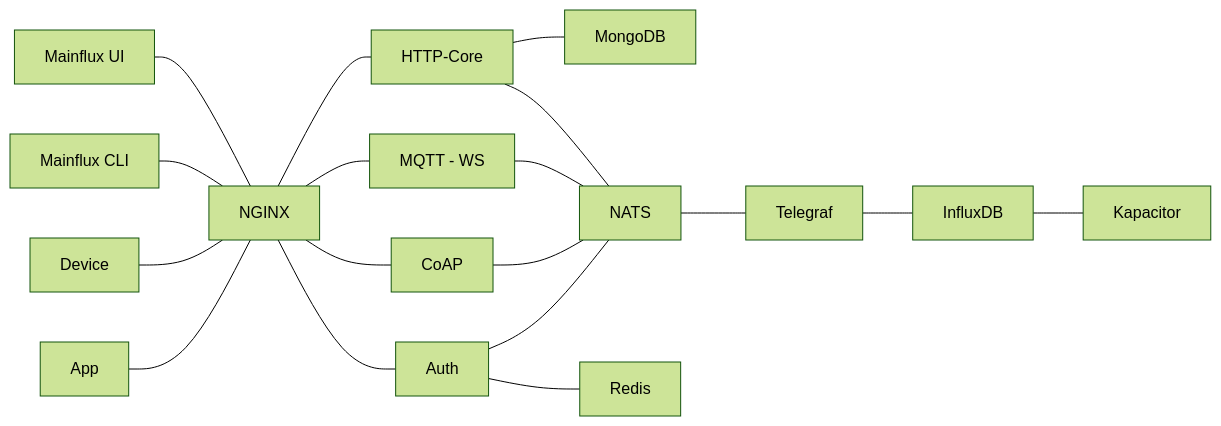
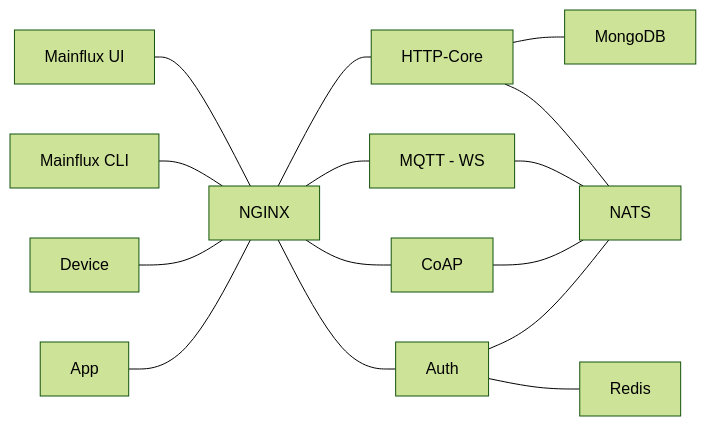
The diagram in tools/mermaid/arch.mmd (manuIO/mainflux-doc), drawn with Mermaid (forest theme) before and after one commit. The commit also changed 1 other file, not shown here.

Commit message:
Comment out INflux stuff

```diff
--- a/tools/mermaid/arch.mmd
+++ b/tools/mermaid/arch.mmd
@@ -1,22 +1,22 @@
 graph LR
     A["NGINX"] --- B["HTTP-Core"];
     B --- F["MongoDB"]
 
     A --- C["MQTT - WS"];
     A --- K["CoAP"];
 	A --- D["Auth"];
 
 	B --- E["NATS"]
 	C --- E
 	D --- E
 	D --- R["Redis"]
 	K --- E
 
-	E --- T["Telegraf"]
-	T --- L["InfluxDB"]
-	L --- N["Kapacitor"]
+	%%E --- T["Telegraf"]
+	%%T --- L["InfluxDB"]
+	%%L --- N["Kapacitor"]
 
     I["Mainflux UI"] --- A
     J["Mainflux CLI"] --- A
     G["Device"] --- A
     H["App"] --- A
```
